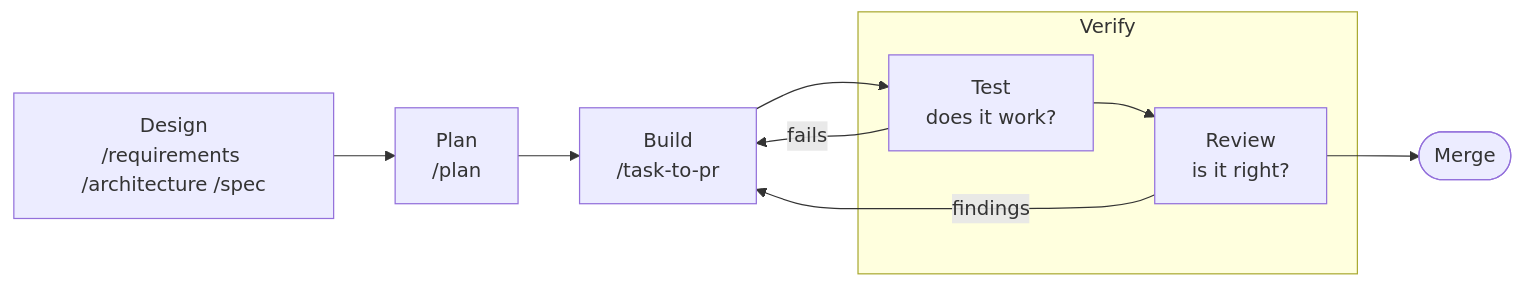
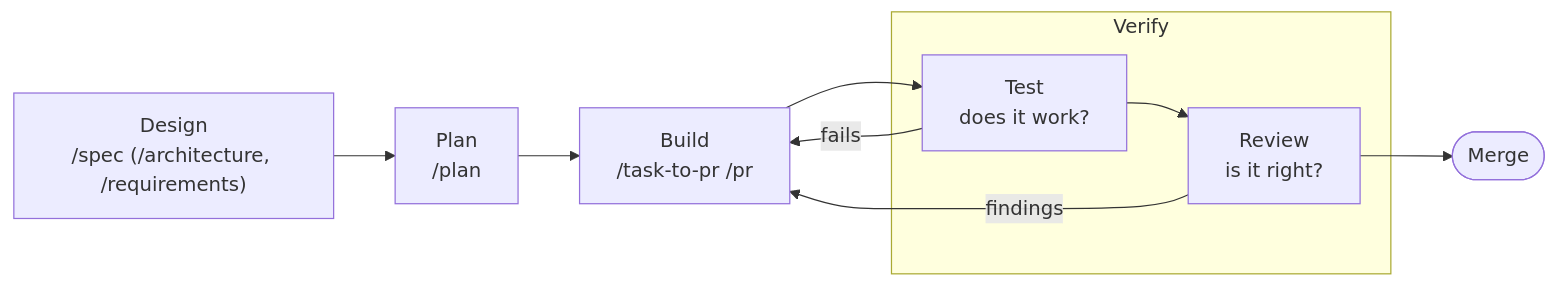
The diagram in README.md (owainlewis/blueprint), drawn with Mermaid before and after one commit. The commit also changed other lines of this file and 20 other files, not shown here.

````diff
--- a/README.md
+++ b/README.md
@@ -70,14 +69,14 @@
 ```mermaid
 flowchart LR
-    D["Design<br/>/requirements /architecture /spec"] --> P["Plan<br/>/plan"]
-    P --> B["Build<br/>/task-to-pr"]
+    D["Design<br/>/spec (/architecture, /requirements)"] --> P["Plan<br/>/plan"]
+    P --> B["Build<br/>/task-to-pr /pr"]
     B --> T["Test<br/>does it work?"]
     T -->|fails| B
     T --> R["Review<br/>is it right?"]
     R -->|findings| B
     R --> M(["Merge"])
     subgraph V [Verify]
         T
         R
     end
 ```
````
